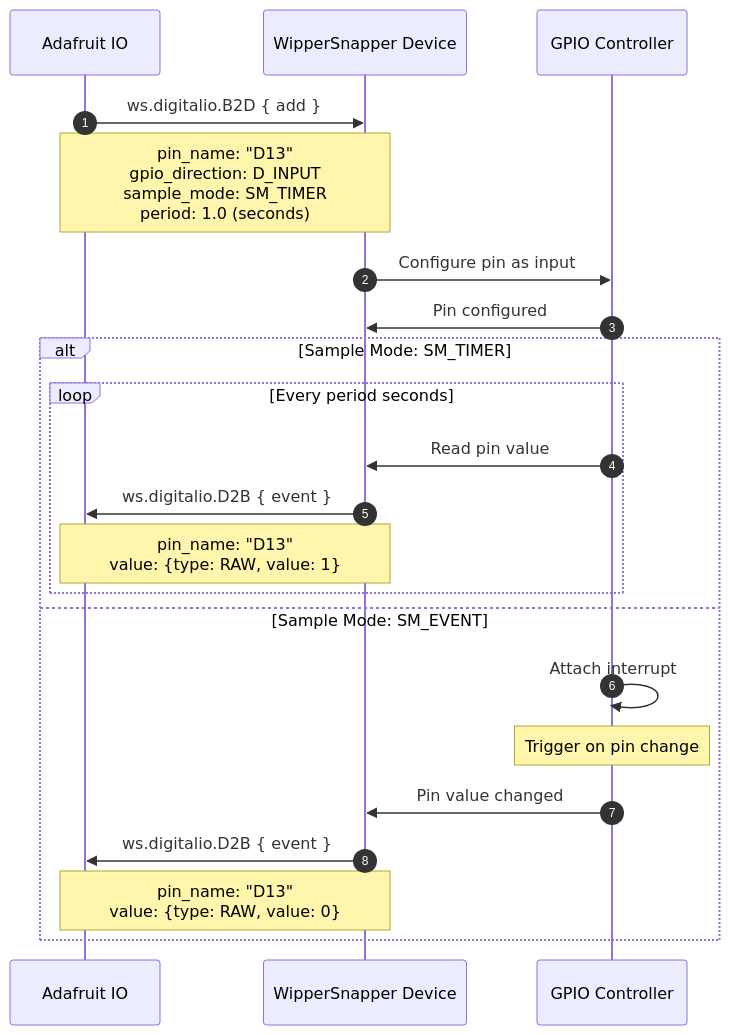
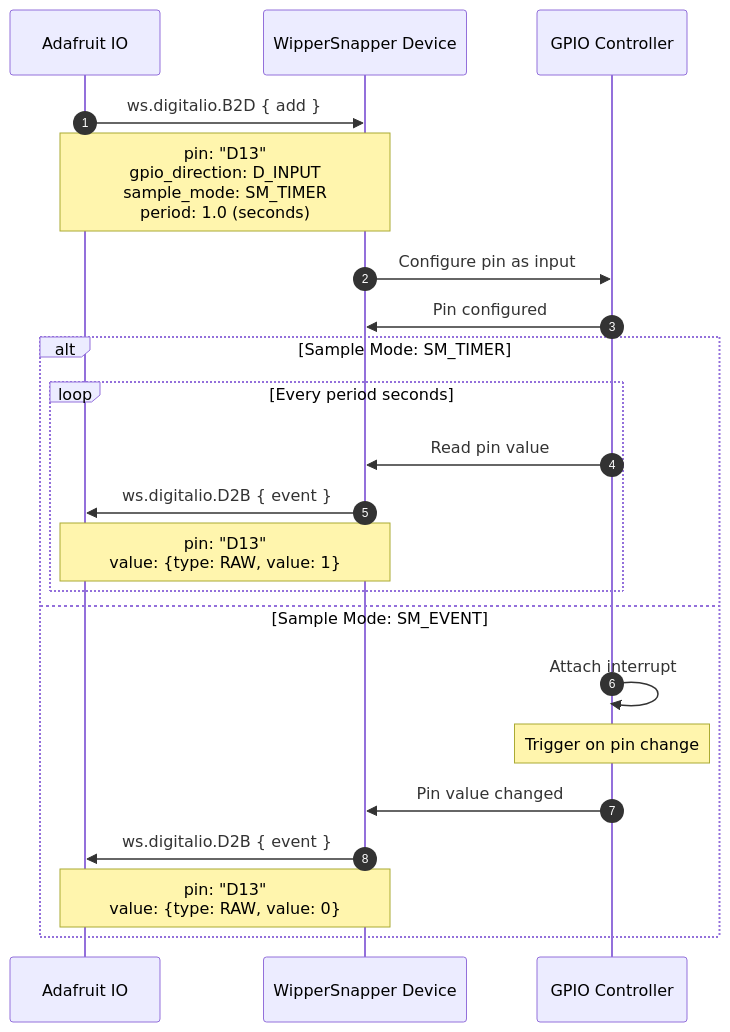
One commit to adafruit/Wippersnapper_Protobuf changed the first of 4 diagrams in proto/wippersnapper/docs/digitalio.md. Above: the diagram before and after it, drawn with Mermaid. The commit also changed other lines of this file and 10 other files, not shown here.

Commit message:
rename pin_name to pin everywhere

````diff
--- a/proto/wippersnapper/docs/digitalio.md
+++ b/proto/wippersnapper/docs/digitalio.md
@@ -57,27 +57,27 @@
 ```mermaid
 sequenceDiagram
 autonumber
 participant IO as Adafruit IO
 participant Device as WipperSnapper Device
 participant GPIO as GPIO Controller
 
 IO->>Device: ws.digitalio.B2D { add }
-Note over IO,Device: pin_name: "D13"<br/>gpio_direction: D_INPUT<br/>sample_mode: SM_TIMER<br/>period: 1.0 (seconds)
+Note over IO,Device: pin: "D13"<br/>gpio_direction: D_INPUT<br/>sample_mode: SM_TIMER<br/>period: 1.0 (seconds)
 
 Device->>GPIO: Configure pin as input
 GPIO->>Device: Pin configured
 
 alt Sample Mode: SM_TIMER
     loop Every period seconds
         GPIO->>Device: Read pin value
         Device->>IO: ws.digitalio.D2B { event }
-        Note over Device,IO: pin_name: "D13"<br/>value: {type: RAW, value: 1}
+        Note over Device,IO: pin: "D13"<br/>value: {type: RAW, value: 1}
     end
 else Sample Mode: SM_EVENT
     GPIO->>GPIO: Attach interrupt
     Note over GPIO: Trigger on pin change
     GPIO->>Device: Pin value changed
     Device->>IO: ws.digitalio.D2B { event }
-    Note over Device,IO: pin_name: "D13"<br/>value: {type: RAW, value: 0}
+    Note over Device,IO: pin: "D13"<br/>value: {type: RAW, value: 0}
 end
 ```
````
